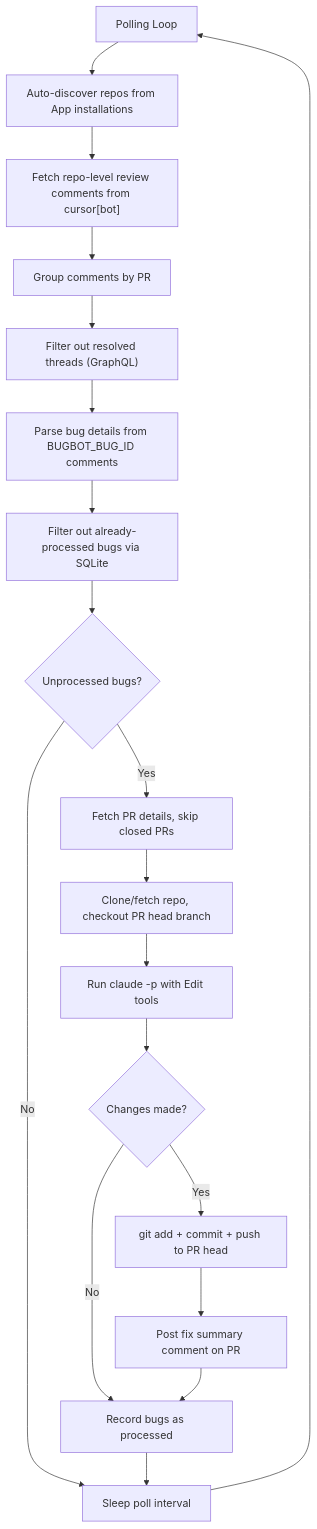
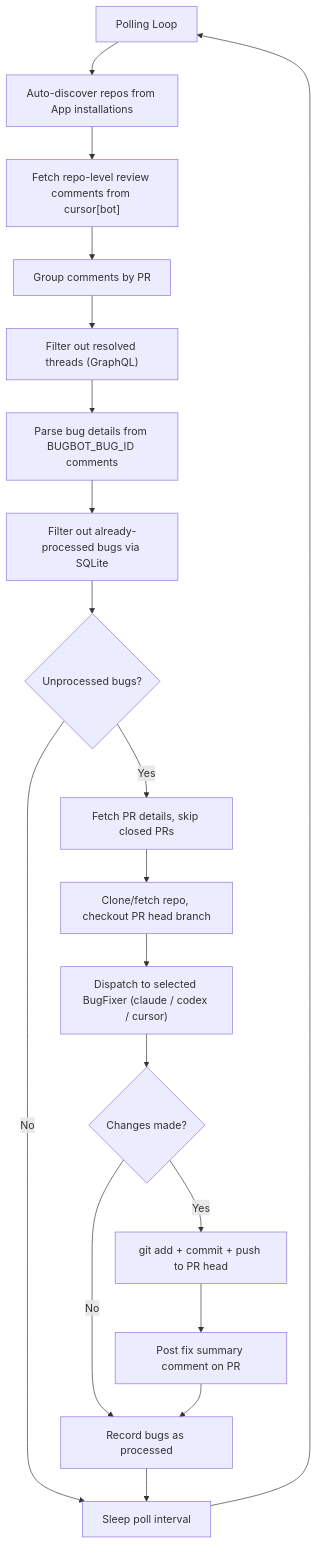
The diagram in README.md (Senna46/fixooly), drawn with Mermaid before and after one commit. The commit also changed other lines of this file and 3 other files, not shown here.

First line of the commit message:
docs: Document AUTOFIX_FIXER and recommend Cursor backend

````diff
--- a/README.md
+++ b/README.md
@@ -139,21 +200,21 @@
 ```mermaid
 flowchart TD
     Start[Polling Loop] --> ListRepos[Auto-discover repos from App installations]
     ListRepos --> FetchComments["Fetch repo-level review comments from cursor[bot]"]
     FetchComments --> GroupByPR[Group comments by PR]
     GroupByPR --> Resolved["Filter out resolved threads (GraphQL)"]
     Resolved --> Parse[Parse bug details from BUGBOT_BUG_ID comments]
     Parse --> Filter[Filter out already-processed bugs via SQLite]
     Filter --> HasBugs{Unprocessed bugs?}
     HasBugs -->|No| Sleep[Sleep poll interval]
     HasBugs -->|Yes| FetchPR[Fetch PR details, skip closed PRs]
     FetchPR --> Clone[Clone/fetch repo, checkout PR head branch]
-    Clone --> Claude["Run claude -p with Edit tools"]
-    Claude --> Changes{Changes made?}
+    Clone --> Fixer["Dispatch to selected BugFixer (claude / codex / cursor)"]
+    Fixer --> Changes{Changes made?}
     Changes -->|No| Record[Record bugs as processed]
     Changes -->|Yes| Commit[git add + commit + push to PR head]
     Commit --> PostComment[Post fix summary comment on PR]
     PostComment --> Record
     Record --> Sleep
     Sleep --> Start
 ```
````
